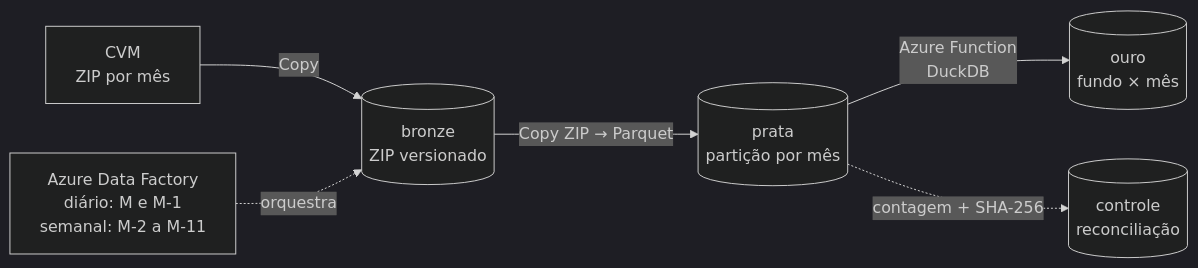
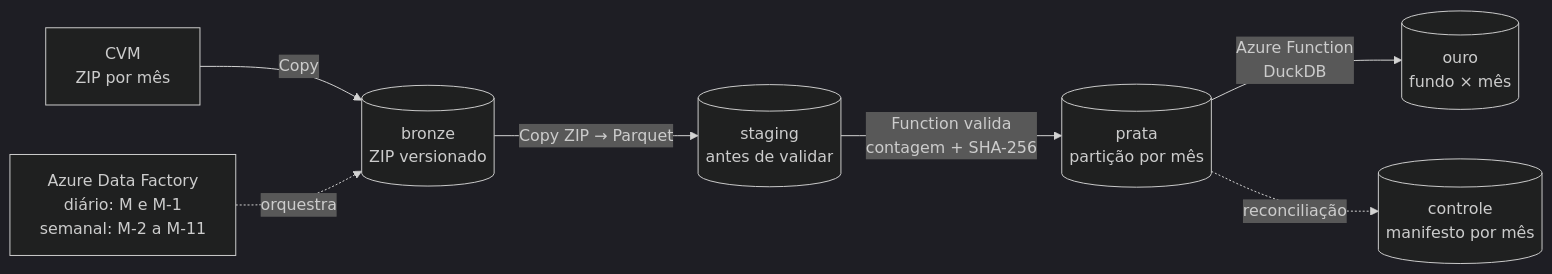
The diagram in README.md (alanjoffre/cvm-azure-data-lake), drawn with Mermaid (dark theme) before and after one commit. The commit also changed other lines of this file and 9 other files, not shown here.

````diff
--- a/README.md
+++ b/README.md
@@ -32,8 +39,9 @@
 ```mermaid
 flowchart LR
     CVM["CVM<br/>ZIP por mês"] -- "Copy" --> B[("bronze<br/>ZIP versionado")]
-    B -- "Copy ZIP → Parquet" --> P[("prata<br/>partição por mês")]
+    B -- "Copy ZIP → Parquet" --> S[("staging<br/>antes de validar")]
+    S -- "Function valida<br/>contagem + SHA-256" --> P[("prata<br/>partição por mês")]
     P -- "Azure Function<br/>DuckDB" --> O[("ouro<br/>fundo × mês")]
-    P -. "contagem + SHA-256" .-> C[("controle<br/>reconciliação")]
+    P -. "reconciliação" .-> C[("controle<br/>manifesto por mês")]
     ADF["Azure Data Factory<br/>diário: M e M-1<br/>semanal: M-2 a M-11"] -. orquestra .-> B
 ```
````
